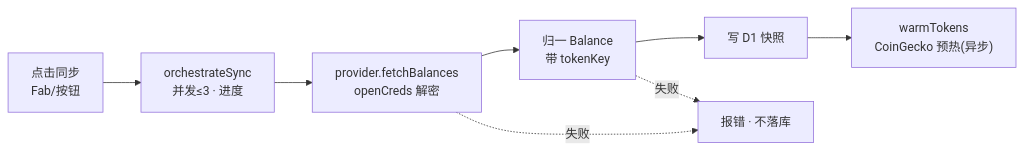
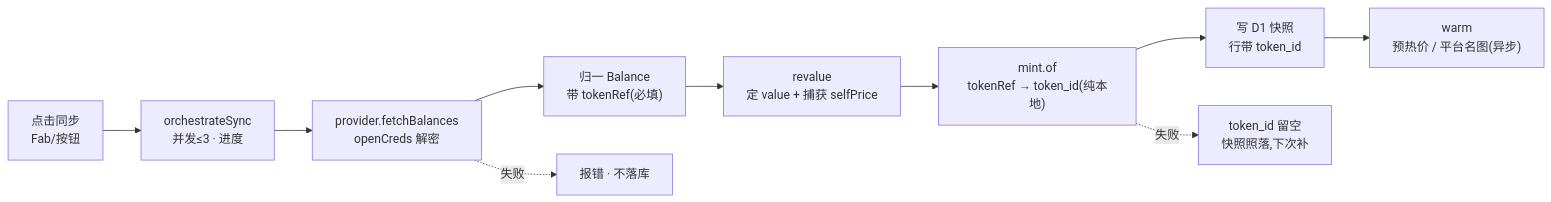
The first of 2 diagrams in docs/architecture/01-data-flow.md (x0finch/folio2), drawn with Mermaid before and after one commit. The commit also changed other lines of this file and 3 other files, not shown here.

````diff
--- a/docs/architecture/01-data-flow.md
+++ b/docs/architecture/01-data-flow.md
@@ -15,10 +21,12 @@
 ```mermaid
 flowchart LR
     U["点击同步<br/>Fab/按钮"] --> O["orchestrateSync<br/>并发≤3 · 进度"]
     O --> F["provider.fetchBalances<br/>openCreds 解密"]
-    F --> N["归一 Balance<br/>带 tokenKey"]
-    N --> S["写 D1 快照"]
+    F --> N["归一 Balance<br/>带 tokenRef(必填)"]
+    N --> RV["revalue<br/>定 value + 捕获 selfPrice"]
+    RV --> M["mint.of<br/>tokenRef → token_id(纯本地)"]
+    M --> S["写 D1 快照<br/>行带 token_id"]
     F -.失败.-> E["报错 · 不落库"]
-    N -.失败.-> E
-    S --> W["warmTokens<br/>CoinGecko 预热(异步)"]
+    M -.失败.-> M2["token_id 留空<br/>快照照落,下次补"]
+    S --> W["warm<br/>预热价 / 平台名图(异步)"]
 ```
````
